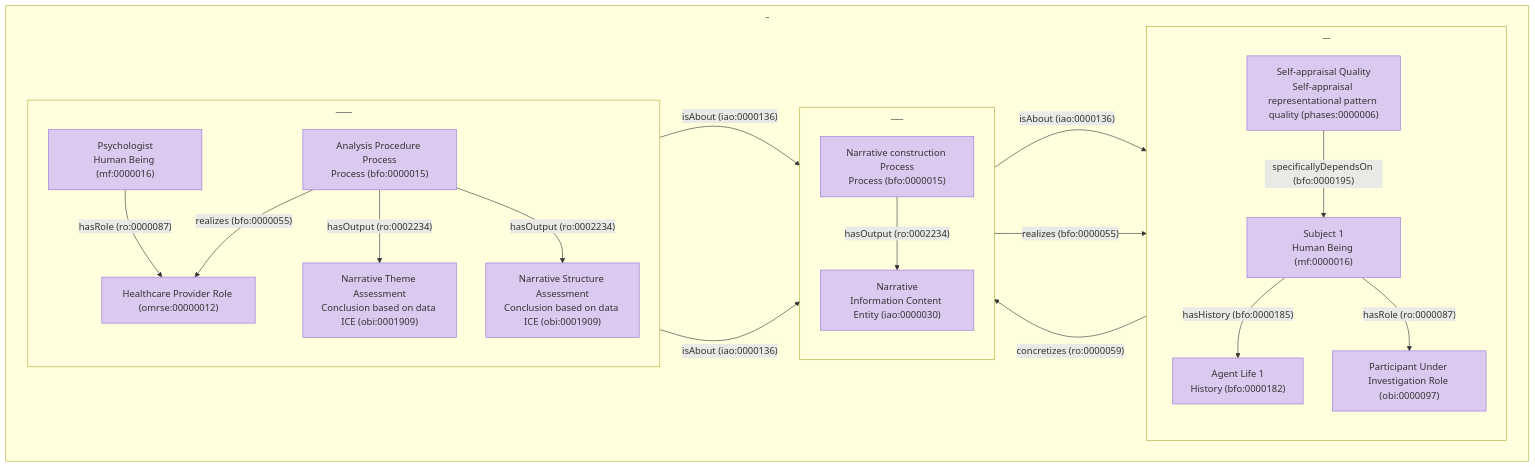
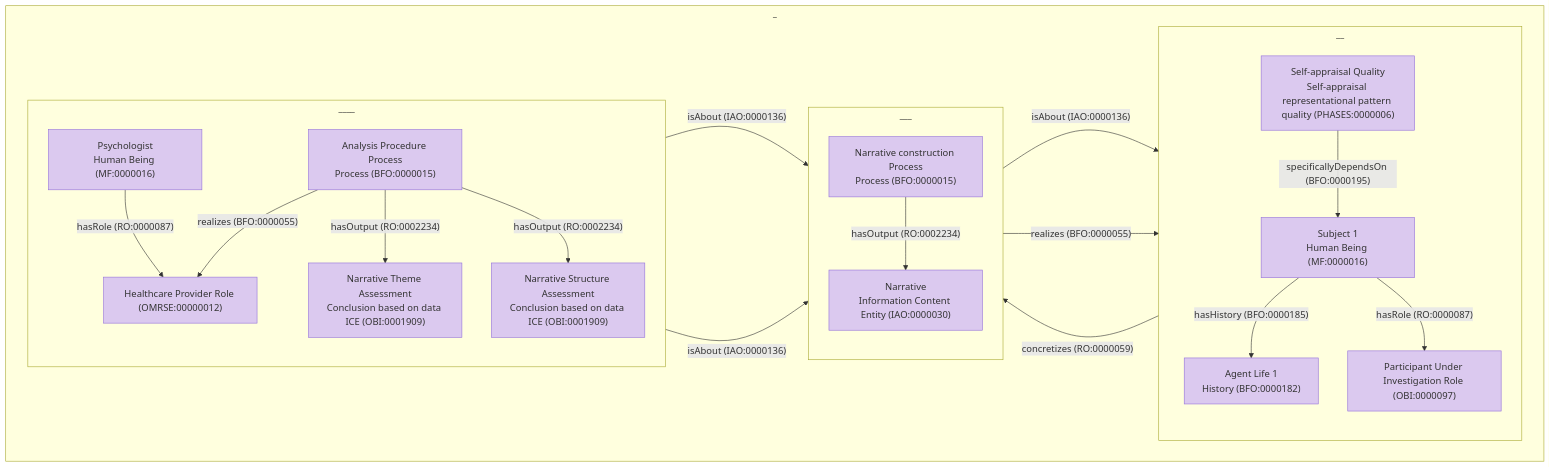
One commit to Buffalo-Ontology-Group/phases changed the diagram in documentation/design_patterns/narrative_assessment/narrative.md. Above: the diagram before and after it, drawn with Mermaid.

Commit message:
adding capital letters

````diff
--- a/documentation/design_patterns/narrative_assessment/narrative.md
+++ b/documentation/design_patterns/narrative_assessment/narrative.md
@@ -1,77 +1,77 @@
 ```mermaid
 flowchart LR
 
 %% =========================
 %% PREFIXES (CURIEs)
 %% =========================
 %% bfo: http://purl.obolibrary.org/obo/BFO_
 %% ro:  http://purl.obolibrary.org/obo/RO_
 %% iao: http://purl.obolibrary.org/obo/IAO_
 %% obi: http://purl.obolibrary.org/obo/OBI_
 %% omrse: http://purl.obolibrary.org/obo/OMRSE_
 %% mf: http://purl.obolibrary.org/obo/MF_
 %% phases: http://purl.obolibrary.org/obo/PHASES_
 
 %% =========================
 %% INDIVIDUALS (ABOX ONLY)
 %% =========================
 
 subgraph _
 direction LR
 
 subgraph __
 direction TB
-Narrative_Agent_1["Subject 1\nHuman Being (mf:0000016)"]
-Agent_Life_1["Agent Life 1\nHistory (bfo:0000182)"]
-Self1["Self-appraisal Quality\nSelf-appraisal representational pattern quality (phases:0000006)"]
-Role2["Participant Under Investigation Role (obi:0000097)"]
+Narrative_Agent_1["Subject 1\nHuman Being (MF:0000016)"]
+Agent_Life_1["Agent Life 1\nHistory (BFO:0000182)"]
+Self1["Self-appraisal Quality\nSelf-appraisal representational pattern quality (PHASES:0000006)"]
+Role2["Participant Under Investigation Role (OBI:0000097)"]
 end
 
 subgraph ___
 direction TB
-Narrative_Construction["Narrative construction Process\nProcess (bfo:0000015)"]
-ICE_instance["Narrative\nInformation Content Entity (iao:0000030)"]
+Narrative_Construction["Narrative construction Process\nProcess (BFO:0000015)"]
+ICE_instance["Narrative\nInformation Content Entity (IAO:0000030)"]
 end
 
 subgraph ____
 direction TB
-Psychologist["Psychologist\nHuman Being (mf:0000016)"]
-Analysis["Analysis Procedure Process\nProcess (bfo:0000015)"]
-Narrative_Theme["Narrative Theme Assessment\nConclusion based on data ICE (obi:0001909)"]
-Narrative_Structure_Assessment["Narrative Structure Assessment\nConclusion based on data ICE (obi:0001909)"]
-Role1["Healthcare Provider Role (omrse:00000012)"]
+Psychologist["Psychologist\nHuman Being (MF:0000016)"]
+Analysis["Analysis Procedure Process\nProcess (BFO:0000015)"]
+Narrative_Theme["Narrative Theme Assessment\nConclusion based on data ICE (OBI:0001909)"]
+Narrative_Structure_Assessment["Narrative Structure Assessment\nConclusion based on data ICE (OBI:0001909)"]
+Role1["Healthcare Provider Role (OMRSE:00000012)"]
 end
 
 end
 
 %% =========================
 %% RELATIONS (CURIEs)
 %% =========================
 
-Narrative_Agent_1 -->|"hasHistory (bfo:0000185)"| Agent_Life_1
-Narrative_Agent_1 -->|"hasRole (ro:0000087)"| Role2
+Narrative_Agent_1 -->|"hasHistory (BFO:0000185)"| Agent_Life_1
+Narrative_Agent_1 -->|"hasRole (RO:0000087)"| Role2
 
-Narrative_Construction -->|"hasOutput (ro:0002234)"| ICE_instance
-ICE_instance -->|"isAbout (iao:0000136)"| Agent_Life_1
+Narrative_Construction -->|"hasOutput (RO:0002234)"| ICE_instance
+ICE_instance -->|"isAbout (IAO:0000136)"| Agent_Life_1
 
-Narrative_Construction -->|"realizes (bfo:0000055)"| Role2
-Analysis -->|"realizes (bfo:0000055)"| Role1
-Psychologist -->|"hasRole (ro:0000087)"| Role1
+Narrative_Construction -->|"realizes (BFO:0000055)"| Role2
+Analysis -->|"realizes (BFO:0000055)"| Role1
+Psychologist -->|"hasRole (RO:0000087)"| Role1
 
-Analysis -->|"hasOutput (ro:0002234)"| Narrative_Theme
-Analysis -->|"hasOutput (ro:0002234)"| Narrative_Structure_Assessment
+Analysis -->|"hasOutput (RO:0002234)"| Narrative_Theme
+Analysis -->|"hasOutput (RO:0002234)"| Narrative_Structure_Assessment
 
-Narrative_Theme -->|"isAbout (iao:0000136)"| ICE_instance
-Narrative_Structure_Assessment -->|"isAbout (iao:0000136)"| ICE_instance
+Narrative_Theme -->|"isAbout (IAO:0000136)"| ICE_instance
+Narrative_Structure_Assessment -->|"isAbout (IAO:0000136)"| ICE_instance
 
-Self1 -->|"concretizes (ro:0000059)"| ICE_instance
-Self1 -->|"specificallyDependsOn (bfo:0000195)"| Narrative_Agent_1
+Self1 -->|"concretizes (RO:0000059)"| ICE_instance
+Self1 -->|"specificallyDependsOn (BFO:0000195)"| Narrative_Agent_1
 
 %% =========================
 %% STYLING
 %% =========================
 
 classDef individual fill:#dbc9ef
 
 class Narrative_Agent_1,Agent_Life_1,Self1,Role2,Narrative_Construction,ICE_instance,Psychologist,Analysis,Narrative_Theme,Narrative_Structure_Assessment,Role1 individual
 ```
````
